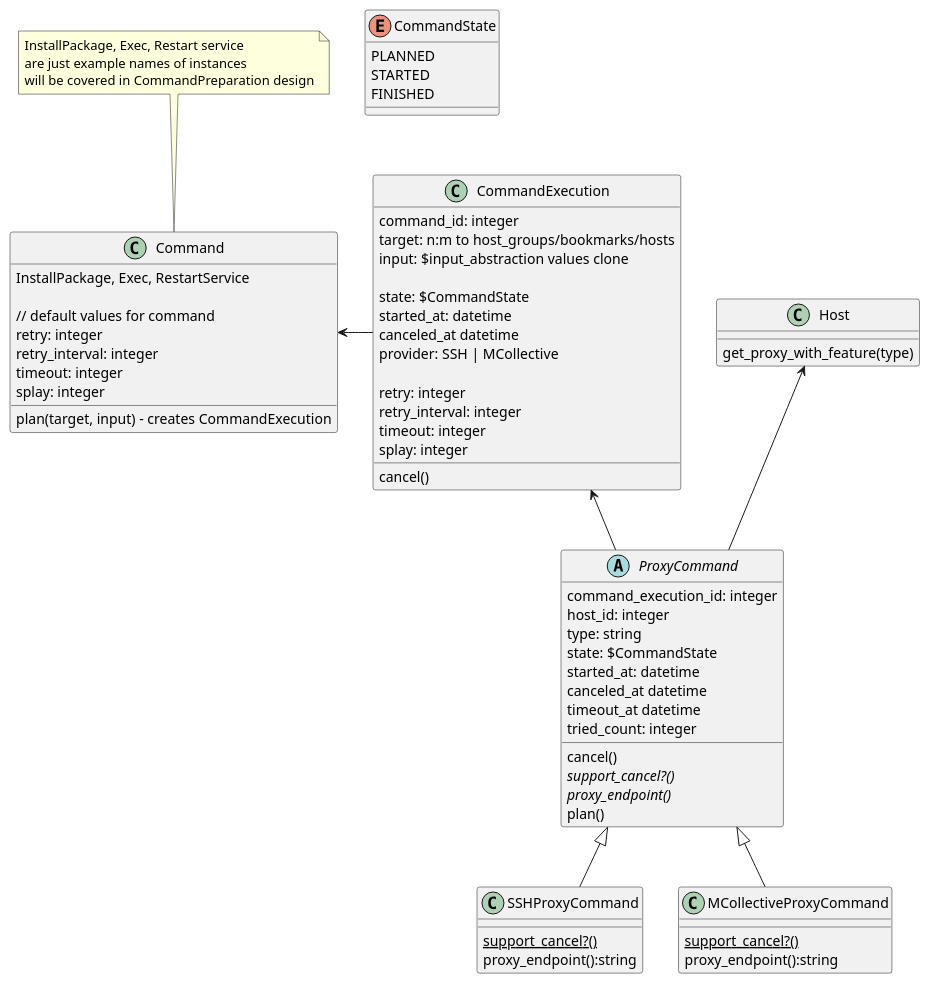
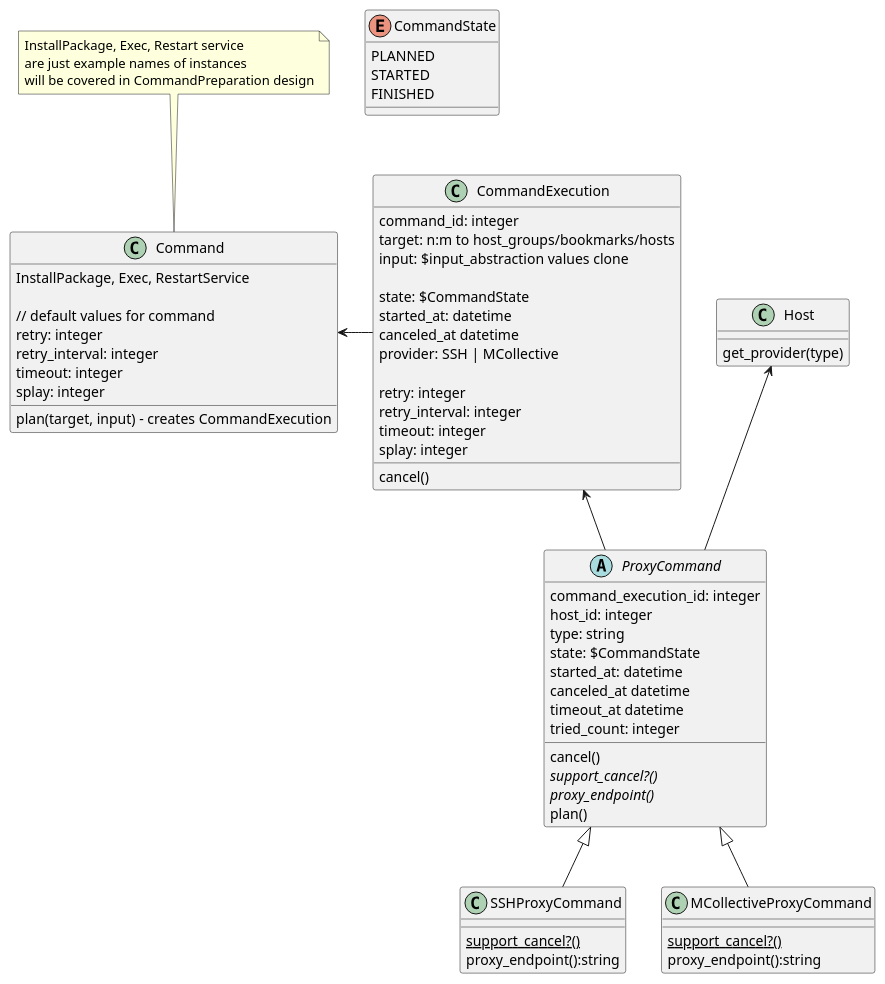
One commit to theforeman/foreman_remote_execution changed the sixth of 6 diagrams in doc/source/design/index.md. Above: the diagram before and after it, drawn with PlantUML.

Commit message:
Host is responsible to determine provider

```diff
--- a/doc/source/design/index.md
+++ b/doc/source/design/index.md
@@ -371,76 +371,76 @@
 {% plantuml %}
 
 class Command {
   InstallPackage, Exec, RestartService
 
   // default values for command
   retry: integer
   retry_interval: integer
   timeout: integer
   splay: integer
 
   plan(target, input) - creates CommandExecution
 }
 note top of Command: InstallPackage, Exec, Restart service\nare just example names of instances\nwill be covered in CommandPreparation design
 
 class Host {
-  get_proxy_with_feature(type)
+  get_provider(type)
 }
 
 class CommandExecution {
   command_id: integer
   target: n:m to host_groups/bookmarks/hosts
   input: $input_abstraction values clone
 
   state: $CommandState
   started_at: datetime
   canceled_at datetime
   provider: SSH | MCollective
 
   retry: integer
   retry_interval: integer
   timeout: integer
   splay: integer
 
   cancel()
 }
 
 abstract class ProxyCommand {
   command_execution_id: integer
   host_id: integer
   type: string
   state: $CommandState
   started_at: datetime
   canceled_at datetime
   timeout_at datetime
   tried_count: integer
   cancel()
   {abstract} support_cancel?()
   {abstract} proxy_endpoint()
   plan()
 }
 
 class SSHProxyCommand {
   {static} support_cancel?()
   proxy_endpoint():string
 }
 
 class MCollectiveProxyCommand {
   {static} support_cancel?()
   proxy_endpoint():string
 }
 
 enum CommandState {
 PLANNED
 STARTED
 FINISHED
 }
 
 Command <- CommandExecution
 CommandExecution <-- ProxyCommand
 Host <-- ProxyCommand
 
 ProxyCommand <|-- SSHProxyCommand
 ProxyCommand <|-- MCollectiveProxyCommand
 
 {% endplantuml %}
```
